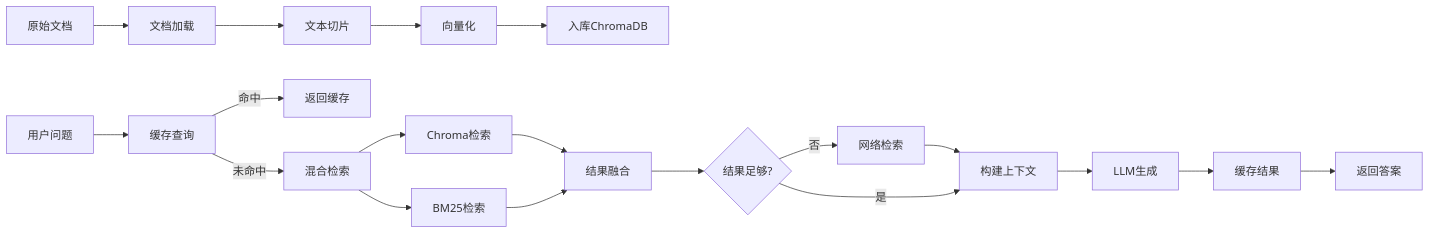
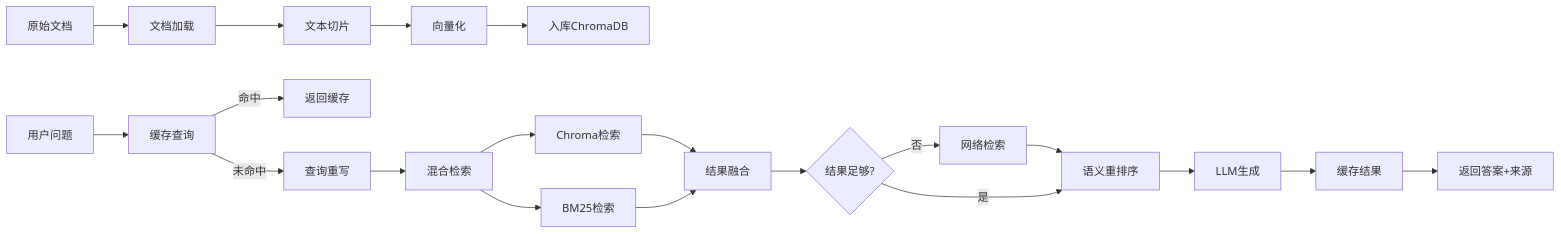
Before and after one commit to liuxinrongjinmu/ai_rag_Engineering_Quality_Inspection: the second of 2 diagrams in README.md, drawn with Mermaid. The commit also changed other lines of this file and 14 other files, not shown here.

````diff
--- a/README.md
+++ b/README.md
@@ -140,22 +144,23 @@
 ```mermaid
 flowchart LR
     A[原始文档] --> B[文档加载]
     B --> C[文本切片]
     C --> D[向量化]
     D --> E[入库ChromaDB]
     
     F[用户问题] --> G[缓存查询]
     G -->|命中| H[返回缓存]
-    G -->|未命中| I[混合检索]
+    G -->|未命中| G2[查询重写]
+    G2 --> I[混合检索]
     I --> J[Chroma检索]
     I --> K[BM25检索]
     J --> L[结果融合]
     K --> L
     L --> M{结果足够?}
     M -->|否| N[网络检索]
-    N --> O[构建上下文]
+    N --> O[语义重排序]
     M -->|是| O
     O --> P[LLM生成]
     P --> Q[缓存结果]
-    Q --> R[返回答案]
+    Q --> R[返回答案+来源]
 ```
````
